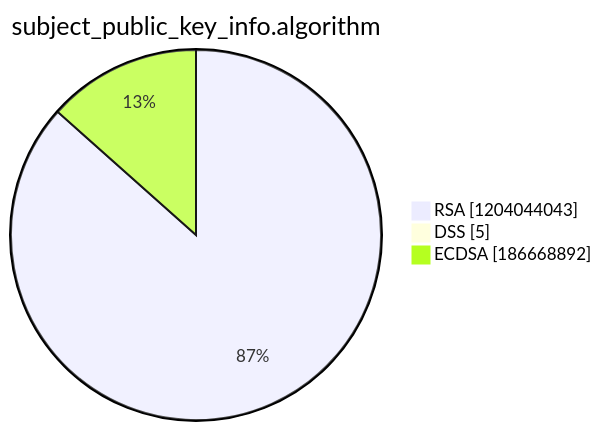
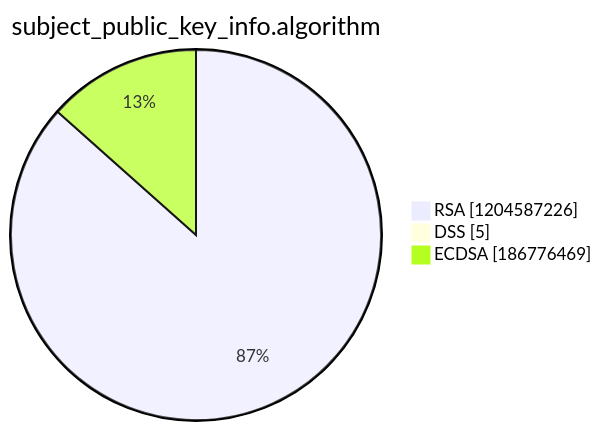
Before and after one commit to christiankrug/ctmonitor_visualization: the third of 15 diagrams in argon2022/README.md, drawn with Mermaid. The commit also changed other lines of this file, not shown here.

````diff
--- a/argon2022/README.md
+++ b/argon2022/README.md
@@ -14,7 +14,7 @@
 ```mermaid
 pie showData
 title subject_public_key_info.algorithm
-"RSA" :1204044043
+"RSA" :1204587226
 "DSS" :5
-"ECDSA" :186668892
+"ECDSA" :186776469
 ```
````
